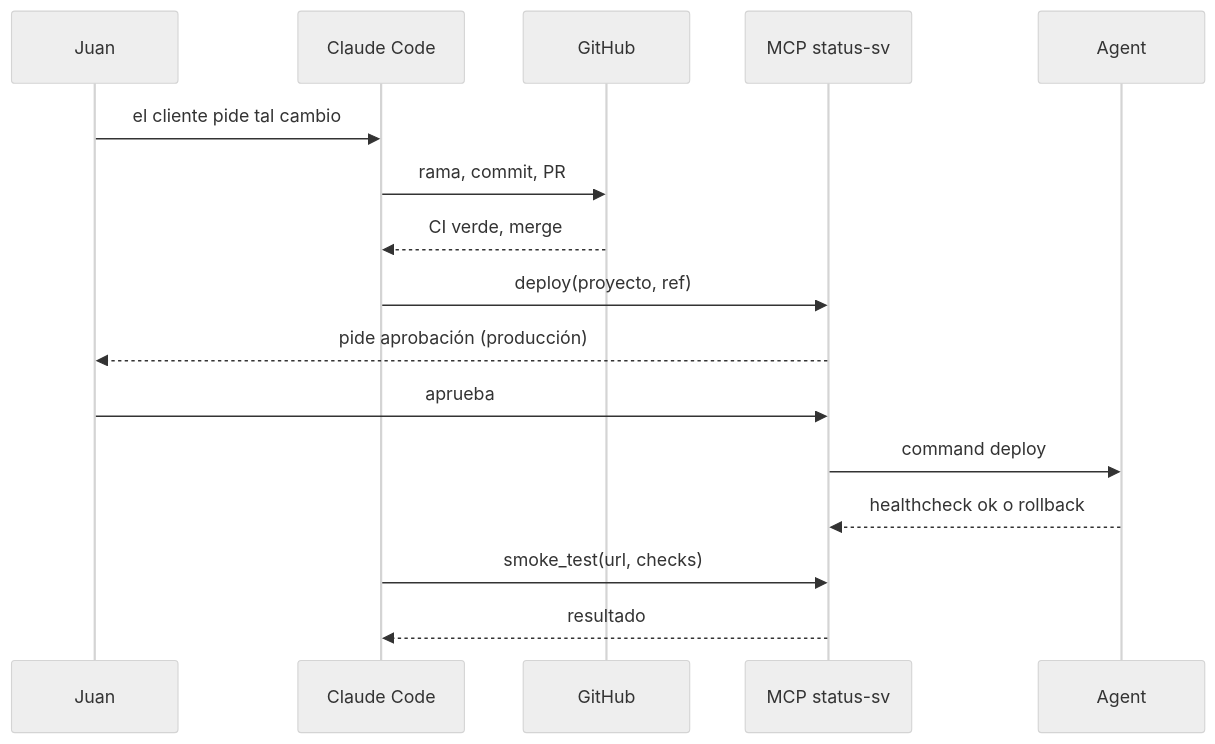
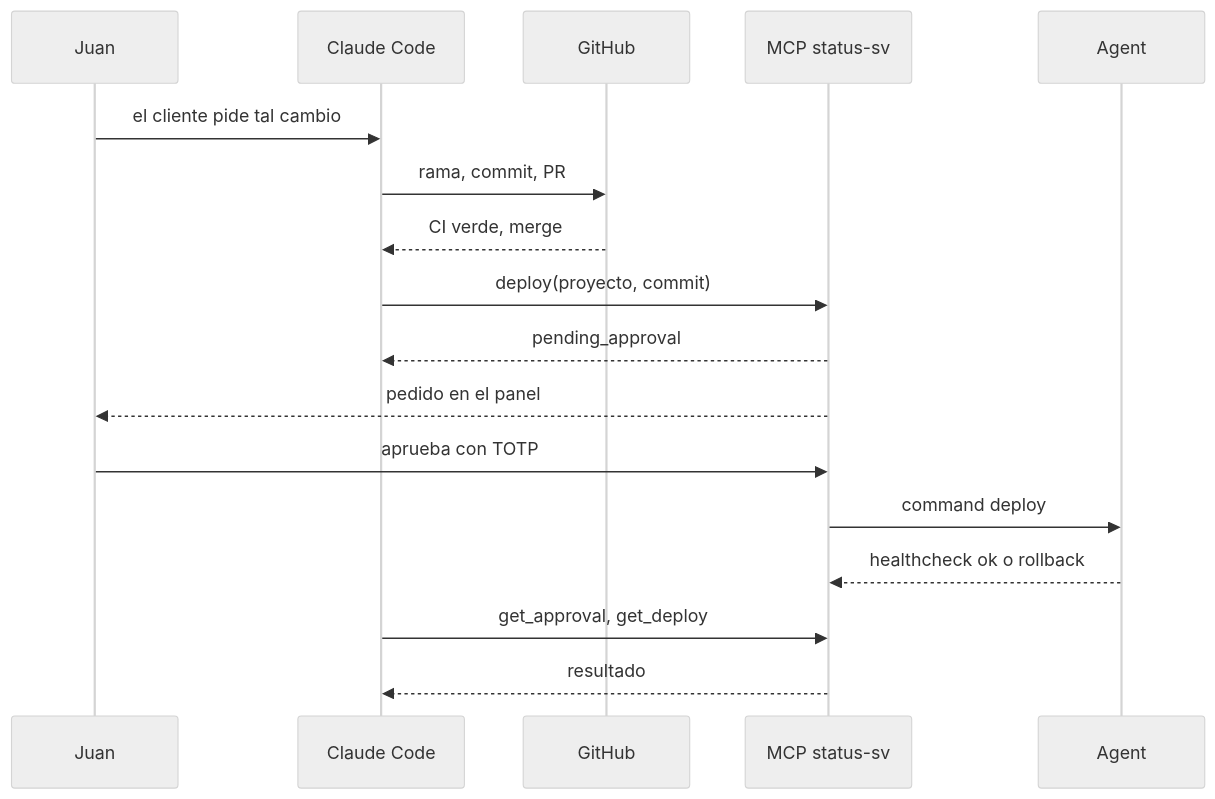
The third of 3 diagrams in docs/DISENO.md (JuanBaez77/status-sv), drawn with Mermaid (neutral theme) before and after one commit. The commit also changed other lines of this file and 3 other files, not shown here.

````diff
--- a/docs/DISENO.md
+++ b/docs/DISENO.md
@@ -207,18 +208,19 @@
 ```mermaid
 sequenceDiagram
   participant J as Juan
   participant CC as Claude Code
   participant GH as GitHub
   participant M as MCP status-sv
   participant A as Agent
   J->>CC: el cliente pide tal cambio
   CC->>GH: rama, commit, PR
   GH-->>CC: CI verde, merge
-  CC->>M: deploy(proyecto, ref)
-  M-->>J: pide aprobación (producción)
-  J->>M: aprueba
+  CC->>M: deploy(proyecto, commit)
+  M-->>CC: pending_approval
+  M-->>J: pedido en el panel
+  J->>M: aprueba con TOTP
   M->>A: command deploy
   A-->>M: healthcheck ok o rollback
-  CC->>M: smoke_test(url, checks)
+  CC->>M: get_approval, get_deploy
   M-->>CC: resultado
 ```
````
